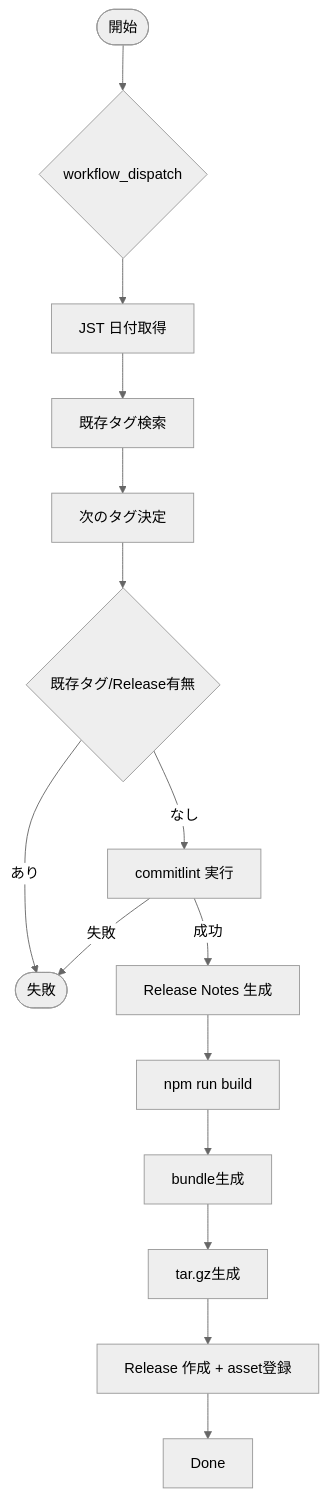
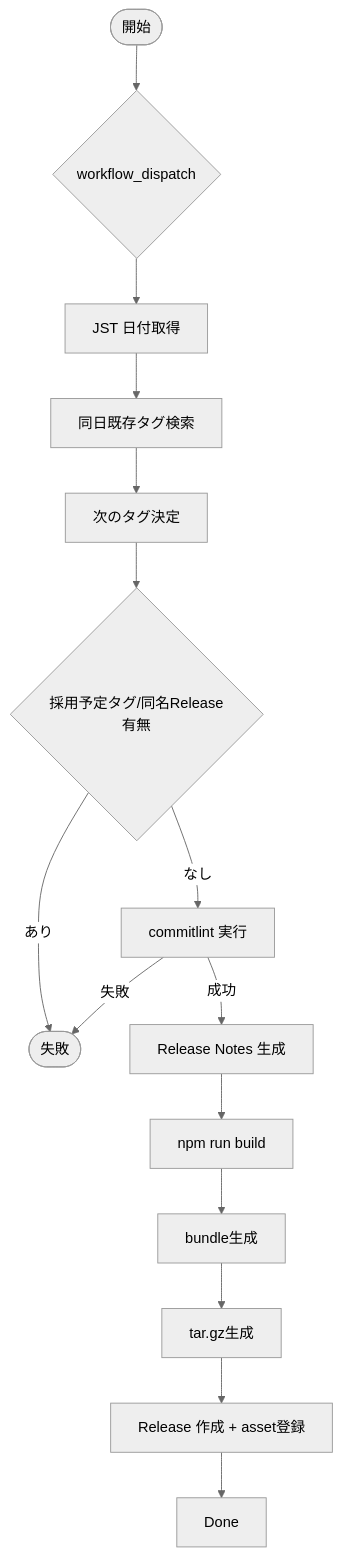
One commit to LevelCapTech/Agile-PMBOK-Assist changed the second of 2 diagrams in .github/copilot/plans/47_github-release-management-implementation-plan.md. Above: the diagram before and after it, drawn with Mermaid (neutral theme). The commit also changed other lines of this file, not shown here.

````diff
--- a/.github/copilot/plans/47_github-release-management-implementation-plan.md
+++ b/.github/copilot/plans/47_github-release-management-implementation-plan.md
@@ -166,17 +166,17 @@
 ```mermaid
 flowchart TD
   Start([開始]) --> Trigger{workflow_dispatch}
   Trigger --> Date[JST 日付取得]
-  Date --> Tags[既存タグ検索]
+  Date --> Tags[同日既存タグ検索]
   Tags --> NextTag[次のタグ決定]
-  NextTag --> CheckRelease{既存タグ/Release有無}
+  NextTag --> CheckRelease{採用予定タグ/同名Release有無}
   CheckRelease -->|あり| Fail([失敗])
   CheckRelease -->|なし| Lint[commitlint 実行]
   Lint -->|失敗| Fail
   Lint -->|成功| Notes[Release Notes 生成]
   Notes --> Build[npm run build]
   Build --> Bundle[bundle生成]
   Bundle --> Tar[tar.gz生成]
   Tar --> Create[Release 作成 + asset登録]
   Create --> Done
 ```
````
